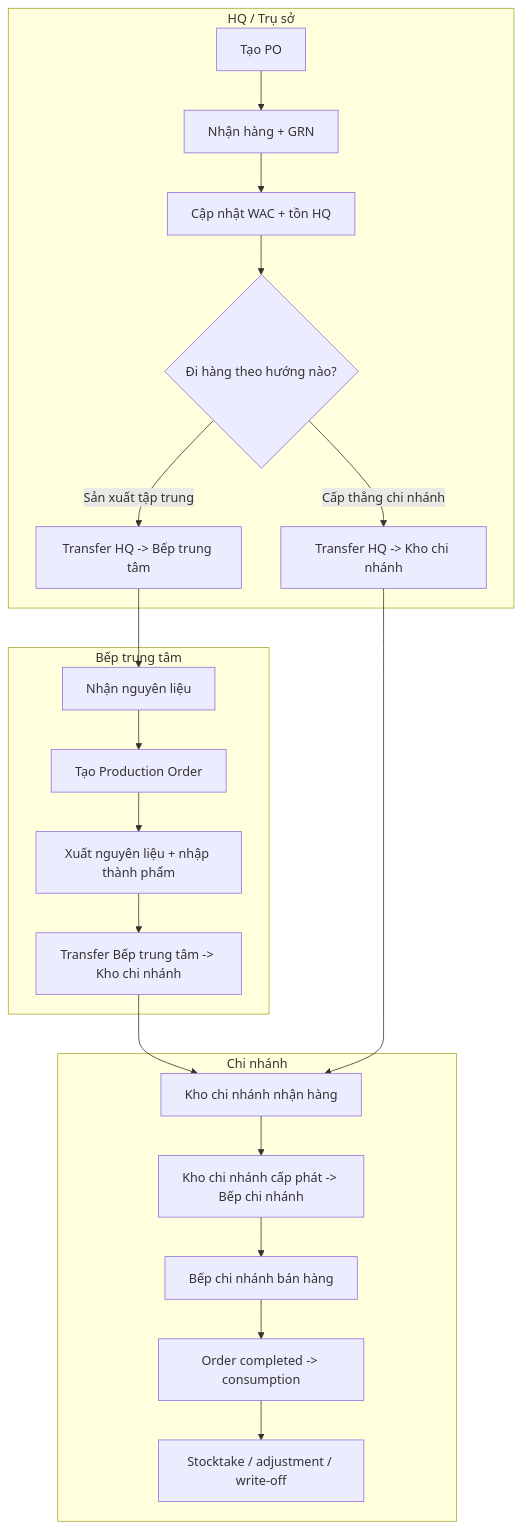
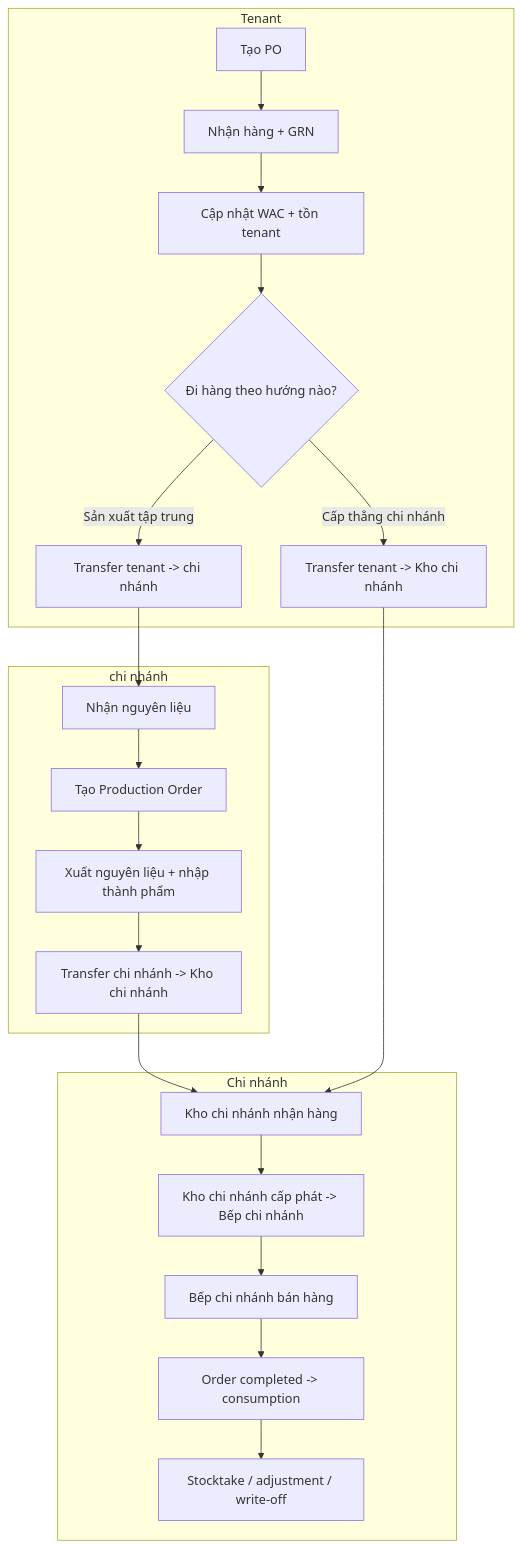
One commit to comtammatu/comtammatu changed the second of 4 diagrams in docs/spec/inventory-overview-diagrams.md. Above: the diagram before and after it, drawn with Mermaid. The commit also changed other lines of this file and 105 other files, not shown here.

````diff
--- a/docs/spec/inventory-overview-diagrams.md
+++ b/docs/spec/inventory-overview-diagrams.md
@@ -46,31 +46,31 @@
 ```mermaid
 flowchart TD
-    subgraph HQ["HQ / Trụ sở"]
+    subgraph tenant["Tenant"]
         H1["Tạo PO"]
         H2["Nhận hàng + GRN"]
-        H3["Cập nhật WAC + tồn HQ"]
+        H3["Cập nhật WAC + tồn tenant"]
         H4{"Đi hàng theo hướng nào?"}
-        H5["Transfer HQ -> Bếp trung tâm"]
-        H6["Transfer HQ -> Kho chi nhánh"]
+        H5["Transfer tenant -> chi nhánh"]
+        H6["Transfer tenant -> Kho chi nhánh"]
     end
 
-    subgraph CK["Bếp trung tâm"]
+    subgraph chi nhánh["chi nhánh"]
         C1["Nhận nguyên liệu"]
         C2["Tạo Production Order"]
         C3["Xuất nguyên liệu + nhập thành phẩm"]
-        C4["Transfer Bếp trung tâm -> Kho chi nhánh"]
+        C4["Transfer chi nhánh -> Kho chi nhánh"]
     end
 
     subgraph BR["Chi nhánh"]
         B1["Kho chi nhánh nhận hàng"]
         B2["Kho chi nhánh cấp phát -> Bếp chi nhánh"]
         B3["Bếp chi nhánh bán hàng"]
         B4["Order completed -> consumption"]
         B5["Stocktake / adjustment / write-off"]
     end
 
     H1 --> H2 --> H3 --> H4
     H4 -->|"Sản xuất tập trung"| H5 --> C1 --> C2 --> C3 --> C4 --> B1
     H4 -->|"Cấp thẳng chi nhánh"| H6 --> B1
     B1 --> B2 --> B3 --> B4 --> B5
 ```
````
